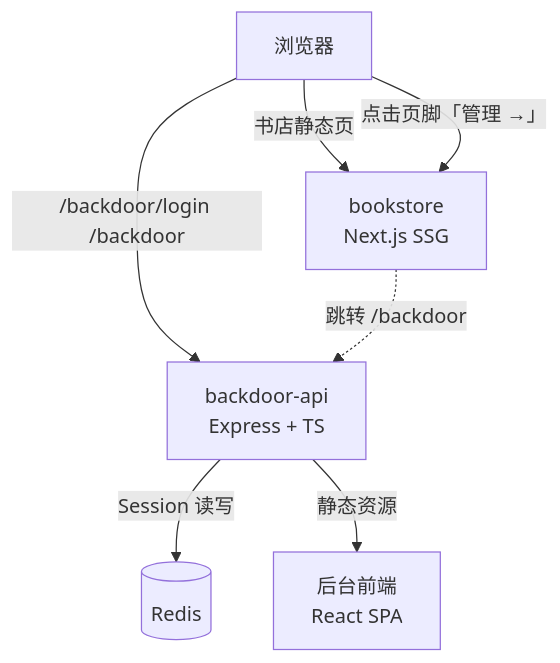
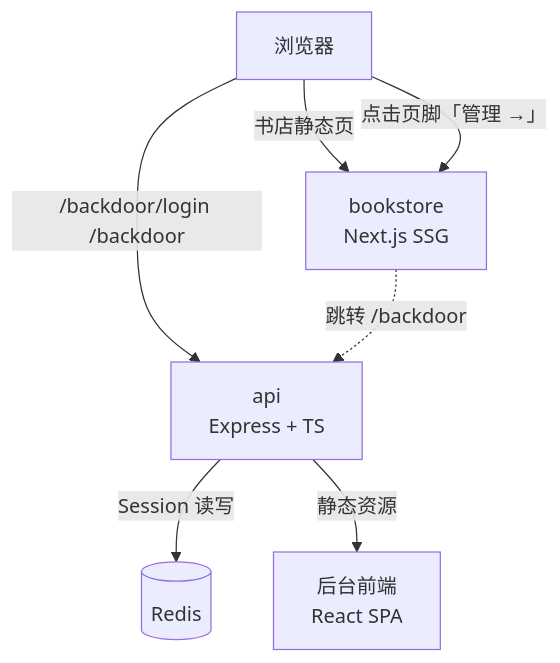
Before and after one commit to Deliay/sumire: the first of 2 diagrams in docs/engineering/proposals/2026-08-12-backdoor-auth-proposal.md, drawn with Mermaid. The commit also changed other lines of this file, not shown here.

Commit message:
docs: 后端项目改名为 servers/api

````diff
--- a/docs/engineering/proposals/2026-08-12-backdoor-auth-proposal.md
+++ b/docs/engineering/proposals/2026-08-12-backdoor-auth-proposal.md
@@ -37,9 +37,9 @@
 ```mermaid
 graph TD
-    U[浏览器] -->|/backdoor/login /backdoor| A[backdoor-api<br>Express + TS]
+    U[浏览器] -->|/backdoor/login /backdoor| A[api<br>Express + TS]
     U -->|书店静态页| B[bookstore<br>Next.js SSG]
     A -->|Session 读写| C[(Redis)]
     A -->|静态资源| D[后台前端<br>React SPA]
     U -->|点击页脚「管理 →」| B
     B -.->|跳转 /backdoor| A
 ```
````
